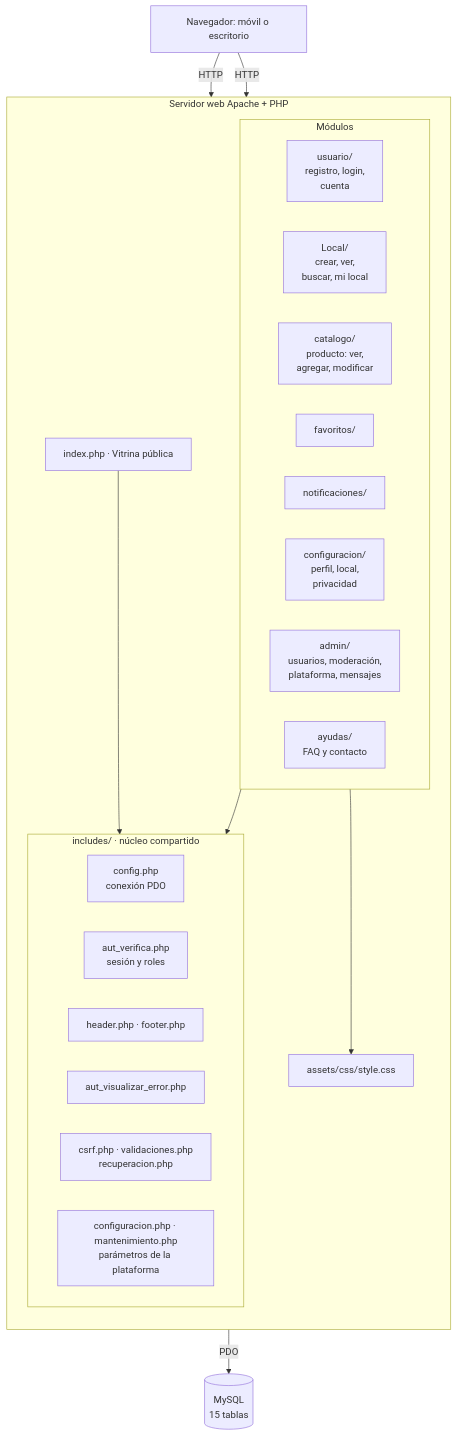
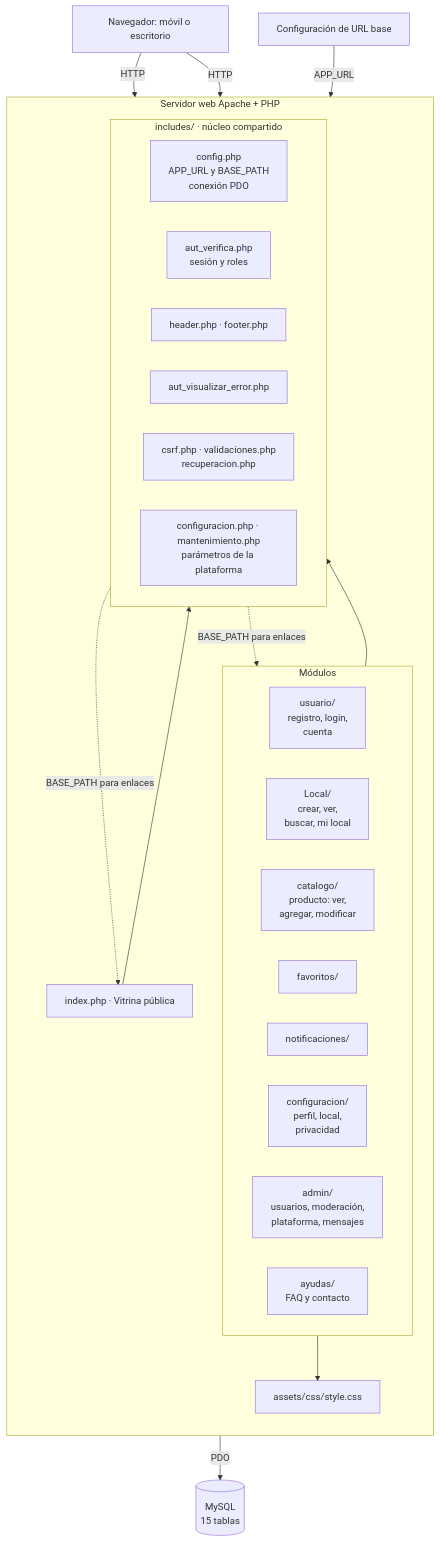
The diagram in docs/diagramas/arquitectura.md (mihzuk/Galezarzal), drawn with Mermaid before and after one commit. The commit also changed other lines of this file, not shown here.

````diff
--- a/docs/diagramas/arquitectura.md
+++ b/docs/diagramas/arquitectura.md
@@ -5,39 +7,46 @@
 ```mermaid
 flowchart TB
     B[Navegador: móvil o escritorio]
 
     subgraph WEB[Servidor web Apache + PHP]
         direction TB
         IDX[index.php · Vitrina pública]
+
         subgraph MOD[Módulos]
             direction LR
             USR[usuario/<br/>registro, login,<br/>cuenta]
             LOC[Local/<br/>crear, ver,<br/>buscar, mi local]
             CAT[catalogo/<br/>producto: ver,<br/>agregar, modificar]
             FAV[favoritos/]
             NOT[notificaciones/]
             CFG[configuracion/<br/>perfil, local,<br/>privacidad]
             ADM[admin/<br/>usuarios, moderación,<br/>plataforma, mensajes]
             AYU[ayudas/<br/>FAQ y contacto]
         end
+
         subgraph INC[includes/ · núcleo compartido]
             direction LR
-            CONF[config.php<br/>conexión PDO]
+            CONF[config.php<br/>APP_URL y BASE_PATH<br/>conexión PDO]
             AUT[aut_verifica.php<br/>sesión y roles]
             HF[header.php · footer.php]
             ERR[aut_visualizar_error.php]
             SEG[csrf.php · validaciones.php<br/>recuperacion.php]
             PLAT[configuracion.php · mantenimiento.php<br/>parámetros de la plataforma]
         end
+
         ASSETS[assets/css/style.css]
     end
 
+    URL[Configuración de URL base]
     DB[(MySQL<br/>15 tablas)]
 
     B -->|HTTP| IDX
     B -->|HTTP| MOD
+    URL -->|APP_URL| CONF
     MOD --> INC
     IDX --> INC
+    CONF -.->|BASE_PATH para enlaces| MOD
+    CONF -.->|BASE_PATH para enlaces| IDX
     INC -->|PDO| DB
     MOD --> ASSETS
 ```
````
